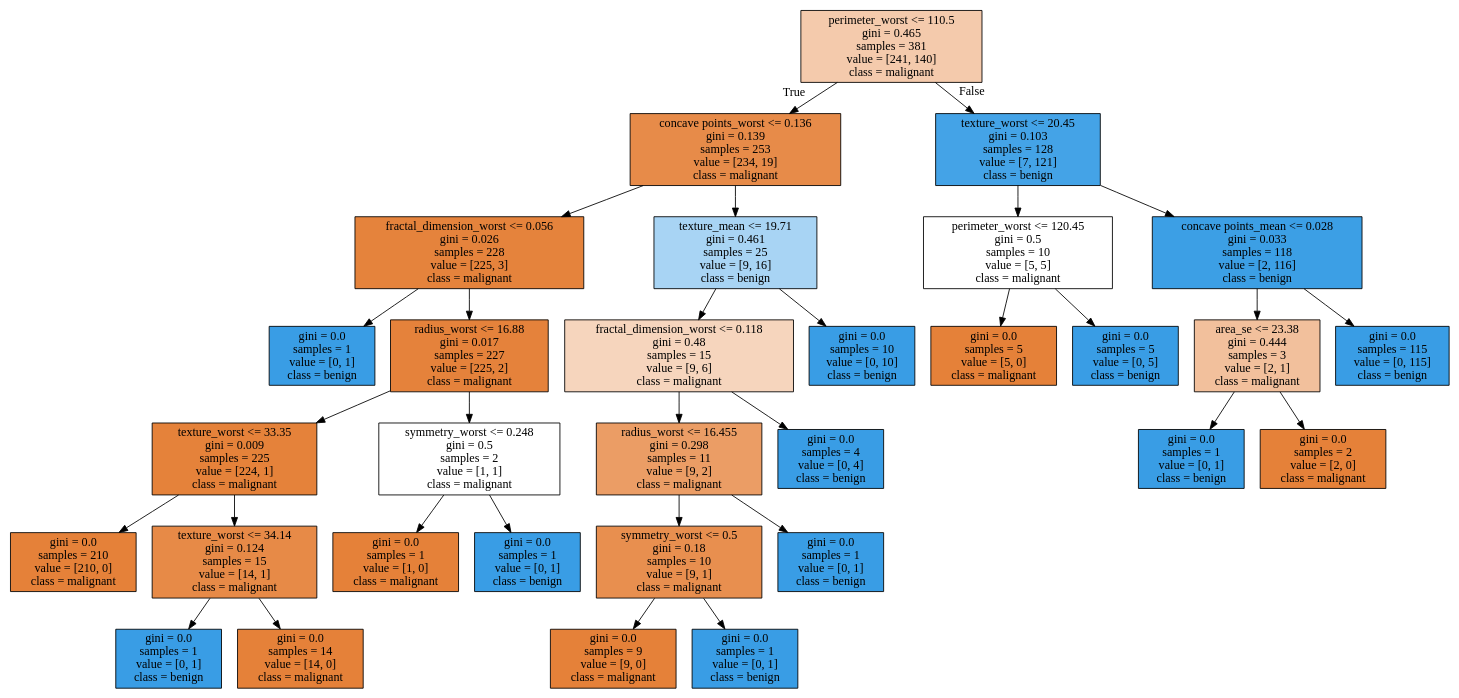
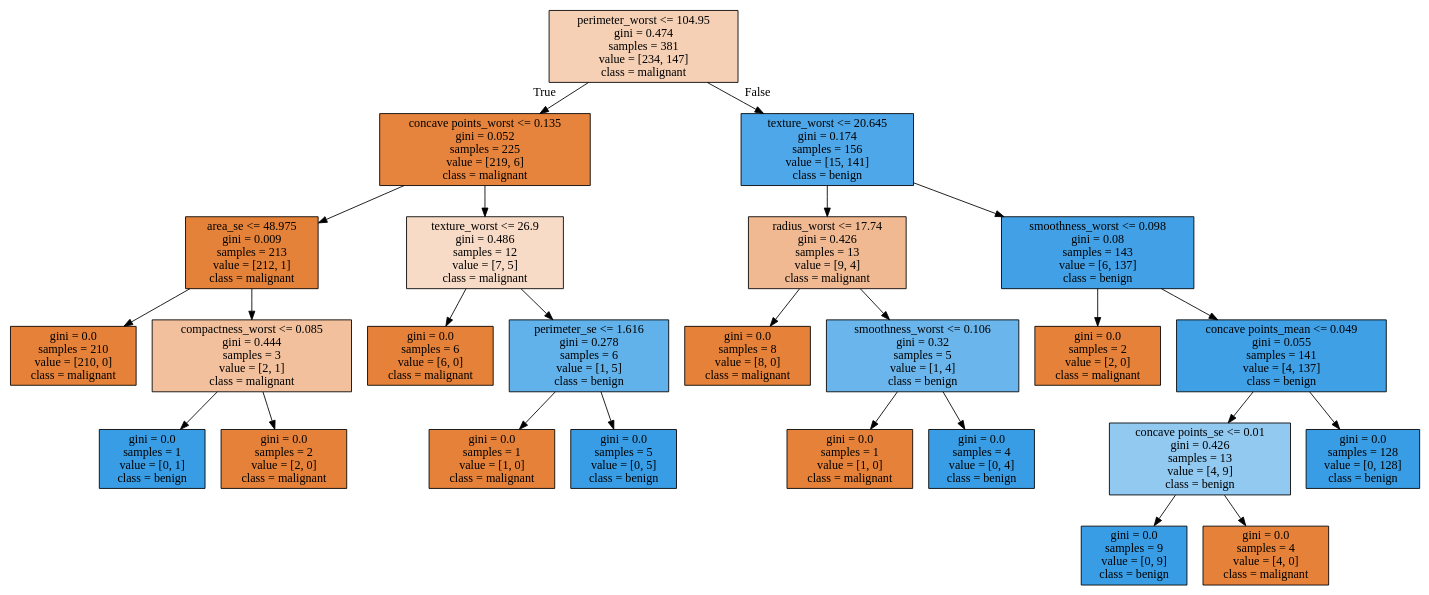
Before and after one commit to bridget-haus/DSCI552-Machine-Learning: the diagram in final_project/tree.dot, drawn with Graphviz. The commit also changed 2 other files, not shown here.

```diff
--- a/final_project/tree.dot
+++ b/final_project/tree.dot
@@ -1,64 +1,52 @@
 digraph Tree {
 node [shape=box, style="filled", color="black"] ;
-0 [label="perimeter_worst <= 110.5\ngini = 0.465\nsamples = 381\nvalue = [241, 140]\nclass = malignant", fillcolor="#f4caac"] ;
-1 [label="concave points_worst <= 0.136\ngini = 0.139\nsamples = 253\nvalue = [234, 19]\nclass = malignant", fillcolor="#e78b49"] ;
+0 [label="perimeter_worst <= 104.95\ngini = 0.474\nsamples = 381\nvalue = [234, 147]\nclass = malignant", fillcolor="#f5d0b5"] ;
+1 [label="concave points_worst <= 0.135\ngini = 0.052\nsamples = 225\nvalue = [219, 6]\nclass = malignant", fillcolor="#e6843e"] ;
 0 -> 1 [labeldistance=2.5, labelangle=45, headlabel="True"] ;
-2 [label="fractal_dimension_worst <= 0.056\ngini = 0.026\nsamples = 228\nvalue = [225, 3]\nclass = malignant", fillcolor="#e5833c"] ;
+2 [label="area_se <= 48.975\ngini = 0.009\nsamples = 213\nvalue = [212, 1]\nclass = malignant", fillcolor="#e5823a"] ;
 1 -> 2 ;
-3 [label="gini = 0.0\nsamples = 1\nvalue = [0, 1]\nclass = benign", fillcolor="#399de5"] ;
+3 [label="gini = 0.0\nsamples = 210\nvalue = [210, 0]\nclass = malignant", fillcolor="#e58139"] ;
 2 -> 3 ;
-4 [label="radius_worst <= 16.88\ngini = 0.017\nsamples = 227\nvalue = [225, 2]\nclass = malignant", fillcolor="#e5823b"] ;
+4 [label="compactness_worst <= 0.085\ngini = 0.444\nsamples = 3\nvalue = [2, 1]\nclass = malignant", fillcolor="#f2c09c"] ;
 2 -> 4 ;
-5 [label="texture_worst <= 33.35\ngini = 0.009\nsamples = 225\nvalue = [224, 1]\nclass = malignant", fillcolor="#e5823a"] ;
+5 [label="gini = 0.0\nsamples = 1\nvalue = [0, 1]\nclass = benign", fillcolor="#399de5"] ;
 4 -> 5 ;
-6 [label="gini = 0.0\nsamples = 210\nvalue = [210, 0]\nclass = malignant", fillcolor="#e58139"] ;
-5 -> 6 ;
-7 [label="texture_worst <= 34.14\ngini = 0.124\nsamples = 15\nvalue = [14, 1]\nclass = malignant", fillcolor="#e78a47"] ;
-5 -> 7 ;
-8 [label="gini = 0.0\nsamples = 1\nvalue = [0, 1]\nclass = benign", fillcolor="#399de5"] ;
+6 [label="gini = 0.0\nsamples = 2\nvalue = [2, 0]\nclass = malignant", fillcolor="#e58139"] ;
+4 -> 6 ;
+7 [label="texture_worst <= 26.9\ngini = 0.486\nsamples = 12\nvalue = [7, 5]\nclass = malignant", fillcolor="#f8dbc6"] ;
+1 -> 7 ;
+8 [label="gini = 0.0\nsamples = 6\nvalue = [6, 0]\nclass = malignant", fillcolor="#e58139"] ;
 7 -> 8 ;
-9 [label="gini = 0.0\nsamples = 14\nvalue = [14, 0]\nclass = malignant", fillcolor="#e58139"] ;
+9 [label="perimeter_se <= 1.616\ngini = 0.278\nsamples = 6\nvalue = [1, 5]\nclass = benign", fillcolor="#61b1ea"] ;
 7 -> 9 ;
-10 [label="symmetry_worst <= 0.248\ngini = 0.5\nsamples = 2\nvalue = [1, 1]\nclass = malignant", fillcolor="#ffffff"] ;
-4 -> 10 ;
-11 [label="gini = 0.0\nsamples = 1\nvalue = [1, 0]\nclass = malignant", fillcolor="#e58139"] ;
-10 -> 11 ;
-12 [label="gini = 0.0\nsamples = 1\nvalue = [0, 1]\nclass = benign", fillcolor="#399de5"] ;
-10 -> 12 ;
-13 [label="texture_mean <= 19.71\ngini = 0.461\nsamples = 25\nvalue = [9, 16]\nclass = benign", fillcolor="#a8d4f4"] ;
-1 -> 13 ;
-14 [label="fractal_dimension_worst <= 0.118\ngini = 0.48\nsamples = 15\nvalue = [9, 6]\nclass = malignant", fillcolor="#f6d5bd"] ;
+10 [label="gini = 0.0\nsamples = 1\nvalue = [1, 0]\nclass = malignant", fillcolor="#e58139"] ;
+9 -> 10 ;
+11 [label="gini = 0.0\nsamples = 5\nvalue = [0, 5]\nclass = benign", fillcolor="#399de5"] ;
+9 -> 11 ;
+12 [label="texture_worst <= 20.645\ngini = 0.174\nsamples = 156\nvalue = [15, 141]\nclass = benign", fillcolor="#4ea7e8"] ;
+0 -> 12 [labeldistance=2.5, labelangle=-45, headlabel="False"] ;
+13 [label="radius_worst <= 17.74\ngini = 0.426\nsamples = 13\nvalue = [9, 4]\nclass = malignant", fillcolor="#f1b991"] ;
+12 -> 13 ;
+14 [label="gini = 0.0\nsamples = 8\nvalue = [8, 0]\nclass = malignant", fillcolor="#e58139"] ;
 13 -> 14 ;
-15 [label="radius_worst <= 16.455\ngini = 0.298\nsamples = 11\nvalue = [9, 2]\nclass = malignant", fillcolor="#eb9d65"] ;
-14 -> 15 ;
-16 [label="symmetry_worst <= 0.5\ngini = 0.18\nsamples = 10\nvalue = [9, 1]\nclass = malignant", fillcolor="#e88f4f"] ;
+15 [label="smoothness_worst <= 0.106\ngini = 0.32\nsamples = 5\nvalue = [1, 4]\nclass = benign", fillcolor="#6ab6ec"] ;
+13 -> 15 ;
+16 [label="gini = 0.0\nsamples = 1\nvalue = [1, 0]\nclass = malignant", fillcolor="#e58139"] ;
 15 -> 16 ;
-17 [label="gini = 0.0\nsamples = 9\nvalue = [9, 0]\nclass = malignant", fillcolor="#e58139"] ;
-16 -> 17 ;
-18 [label="gini = 0.0\nsamples = 1\nvalue = [0, 1]\nclass = benign", fillcolor="#399de5"] ;
-16 -> 18 ;
-19 [label="gini = 0.0\nsamples = 1\nvalue = [0, 1]\nclass = benign", fillcolor="#399de5"] ;
-15 -> 19 ;
-20 [label="gini = 0.0\nsamples = 4\nvalue = [0, 4]\nclass = benign", fillcolor="#399de5"] ;
-14 -> 20 ;
-21 [label="gini = 0.0\nsamples = 10\nvalue = [0, 10]\nclass = benign", fillcolor="#399de5"] ;
-13 -> 21 ;
-22 [label="texture_worst <= 20.45\ngini = 0.103\nsamples = 128\nvalue = [7, 121]\nclass = benign", fillcolor="#44a3e7"] ;
-0 -> 22 [labeldistance=2.5, labelangle=-45, headlabel="False"] ;
-23 [label="perimeter_worst <= 120.45\ngini = 0.5\nsamples = 10\nvalue = [5, 5]\nclass = malignant", fillcolor="#ffffff"] ;
-22 -> 23 ;
-24 [label="gini = 0.0\nsamples = 5\nvalue = [5, 0]\nclass = malignant", fillcolor="#e58139"] ;
-23 -> 24 ;
-25 [label="gini = 0.0\nsamples = 5\nvalue = [0, 5]\nclass = benign", fillcolor="#399de5"] ;
-23 -> 25 ;
-26 [label="concave points_mean <= 0.028\ngini = 0.033\nsamples = 118\nvalue = [2, 116]\nclass = benign", fillcolor="#3c9fe5"] ;
-22 -> 26 ;
-27 [label="area_se <= 23.38\ngini = 0.444\nsamples = 3\nvalue = [2, 1]\nclass = malignant", fillcolor="#f2c09c"] ;
-26 -> 27 ;
-28 [label="gini = 0.0\nsamples = 1\nvalue = [0, 1]\nclass = benign", fillcolor="#399de5"] ;
-27 -> 28 ;
-29 [label="gini = 0.0\nsamples = 2\nvalue = [2, 0]\nclass = malignant", fillcolor="#e58139"] ;
-27 -> 29 ;
-30 [label="gini = 0.0\nsamples = 115\nvalue = [0, 115]\nclass = benign", fillcolor="#399de5"] ;
-26 -> 30 ;
+17 [label="gini = 0.0\nsamples = 4\nvalue = [0, 4]\nclass = benign", fillcolor="#399de5"] ;
+15 -> 17 ;
+18 [label="smoothness_worst <= 0.098\ngini = 0.08\nsamples = 143\nvalue = [6, 137]\nclass = benign", fillcolor="#42a1e6"] ;
+12 -> 18 ;
+19 [label="gini = 0.0\nsamples = 2\nvalue = [2, 0]\nclass = malignant", fillcolor="#e58139"] ;
+18 -> 19 ;
+20 [label="concave points_mean <= 0.049\ngini = 0.055\nsamples = 141\nvalue = [4, 137]\nclass = benign", fillcolor="#3fa0e6"] ;
+18 -> 20 ;
+21 [label="concave points_se <= 0.01\ngini = 0.426\nsamples = 13\nvalue = [4, 9]\nclass = benign", fillcolor="#91c9f1"] ;
+20 -> 21 ;
+22 [label="gini = 0.0\nsamples = 9\nvalue = [0, 9]\nclass = benign", fillcolor="#399de5"] ;
+21 -> 22 ;
+23 [label="gini = 0.0\nsamples = 4\nvalue = [4, 0]\nclass = malignant", fillcolor="#e58139"] ;
+21 -> 23 ;
+24 [label="gini = 0.0\nsamples = 128\nvalue = [0, 128]\nclass = benign", fillcolor="#399de5"] ;
+20 -> 24 ;
 }
```
